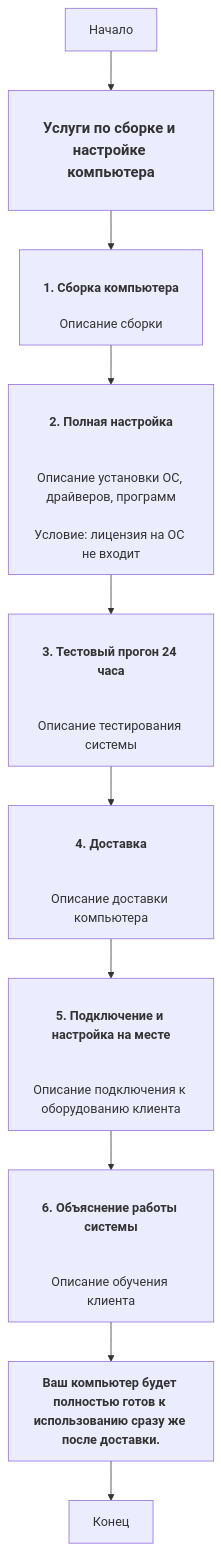
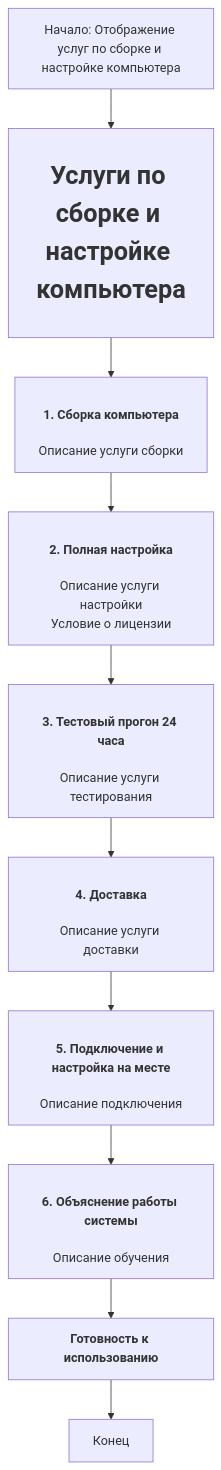
One commit to hypo69/hypo changed the diagram in docs/gemini/ru/explainer/src/endpoints/kazarinov/pricelist_generator/templates/service_as_product_ru.html.md. Above: the diagram before and after it, drawn with Mermaid. The commit also changed other lines of this file and 1505 other files, not shown here.

````diff
--- a/docs/gemini/ru/explainer/src/endpoints/kazarinov/pricelist_generator/templates/service_as_product_ru.html.md
+++ b/docs/gemini/ru/explainer/src/endpoints/kazarinov/pricelist_generator/templates/service_as_product_ru.html.md
@@ -26,12 +37,13 @@
 ```mermaid
 flowchart TD
-    Start[Начало] --> ServiceHeader[<h3>Услуги по сборке и настройке компьютера</h3>]
-    ServiceHeader --> Assemble[<h4>1. Сборка компьютера</h4> <p>Описание сборки</p>]
-    Assemble --> FullSetup[<h4>2. Полная настройка</h4> <p>Описание установки ОС, драйверов, программ</p>  <p class="note">Условие: лицензия на ОС не входит</p>]
-    FullSetup --> TestRun[<h4>3. Тестовый прогон 24 часа</h4> <p>Описание тестирования системы</p>]
-    TestRun --> Delivery[<h4>4. Доставка</h4> <p>Описание доставки компьютера</p>]
-    Delivery --> SetupOnSite[<h4>5. Подключение и настройка на месте</h4> <p>Описание подключения к оборудованию клиента</p>]
-    SetupOnSite --> SystemExplanation[<h4>6. Объяснение работы системы</h4> <p>Описание обучения клиента</p>]
-    SystemExplanation --> ReadyToUse[<p><strong>Ваш компьютер будет полностью готов к использованию сразу же после доставки.</strong></p>]
-    ReadyToUse --> End[Конец]
+    Start[Начало: Отображение услуг по сборке и настройке компьютера] --> Title[<h1>Услуги по сборке и настройке компьютера</h1>]
+    Title --> Service1[<h4>1. Сборка компьютера</h4><p>Описание услуги сборки</p>]
+    Service1 --> Service2[<h4>2. Полная настройка</h4><p>Описание услуги настройки</p><p class='note'>Условие о лицензии</p>]
+    Service2 --> Service3[<h4>3. Тестовый прогон 24 часа</h4><p>Описание услуги тестирования</p>]
+    Service3 --> Service4[<h4>4. Доставка</h4><p>Описание услуги доставки</p>]
+    Service4 --> Service5[<h4>5. Подключение и настройка на месте</h4><p>Описание подключения</p>]
+    Service5 --> Service6[<h4>6. Объяснение работы системы</h4><p>Описание обучения</p>]
+    Service6 --> Conclusion[<p><strong>Готовность к использованию</strong></p>]
+    Conclusion --> End[Конец]
+
 ```
````
